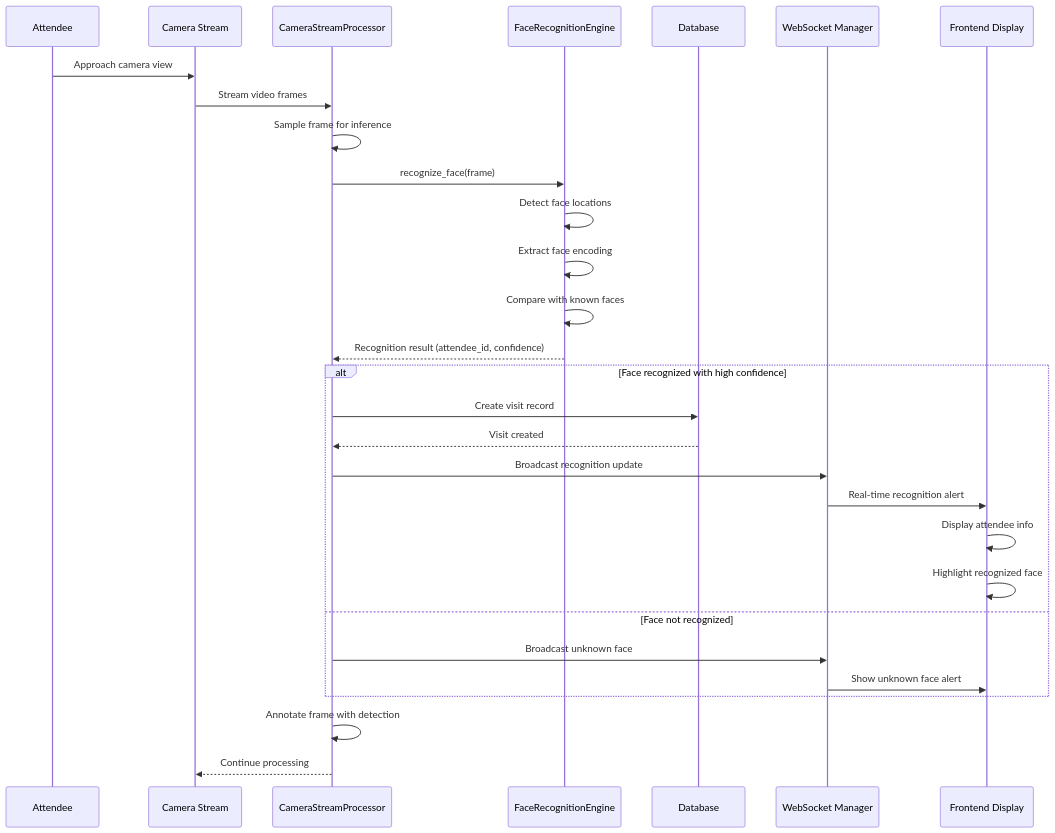
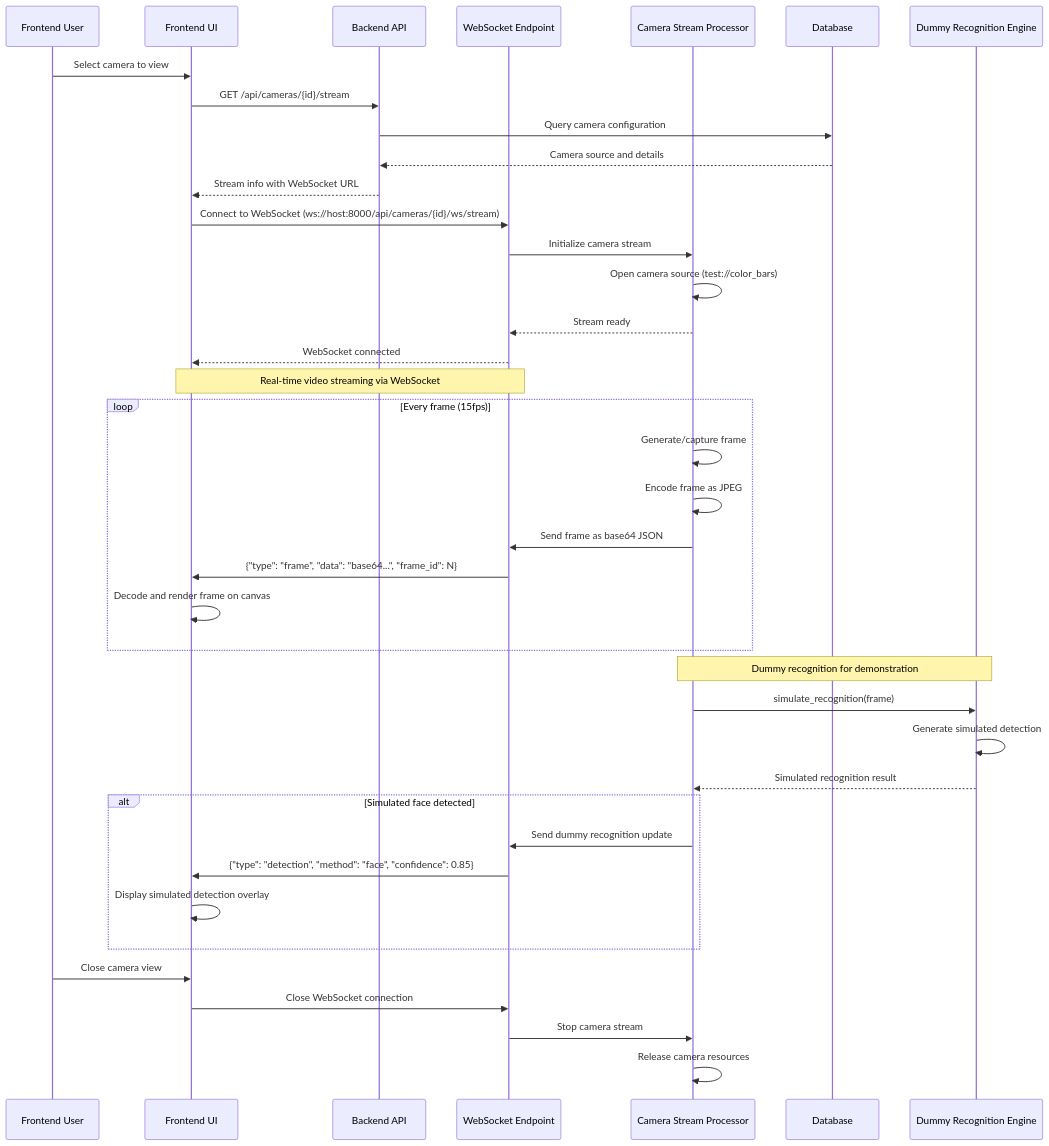
Before and after one commit to yaweiyang-sz/VIPReceptionSystem: the second of 6 diagrams in design/sequence_diagrams.md, drawn with Mermaid. The commit also changed other lines of this file and 9 other files, not shown here.

````diff
--- a/design/sequence_diagrams.md
+++ b/design/sequence_diagrams.md
@@ -70,34 +70,47 @@
 ```mermaid
 sequenceDiagram
-    participant Attendee as Attendee
-    participant Camera as Camera Stream
-    participant Processor as CameraStreamProcessor
-    participant FaceEngine as FaceRecognitionEngine
+    participant User as Frontend User
+    participant Frontend as Frontend UI
+    participant Backend as Backend API
+    participant WS as WebSocket Endpoint
+    participant CameraProc as Camera Stream Processor
     participant DB as Database
-    participant WS as WebSocket Manager
-    participant Frontend as Frontend Display
+    participant DummyEngine as Dummy Recognition Engine
 
-    Attendee->>Camera: Approach camera view
-    Camera->>Processor: Stream video frames
-    Processor->>Processor: Sample frame for inference
-    Processor->>FaceEngine: recognize_face(frame)
-    FaceEngine->>FaceEngine: Detect face locations
-    FaceEngine->>FaceEngine: Extract face encoding
-    FaceEngine->>FaceEngine: Compare with known faces
-    FaceEngine-->>Processor: Recognition result (attendee_id, confidence)
+    User->>Frontend: Select camera to view
+    Frontend->>Backend: GET /api/cameras/{id}/stream
+    Backend->>DB: Query camera configuration
+    DB-->>Backend: Camera source and details
+    Backend-->>Frontend: Stream info with WebSocket URL
     
-    alt Face recognized with high confidence
-        Processor->>DB: Create visit record
-        DB-->>Processor: Visit created
-        Processor->>WS: Broadcast recognition update
-        WS->>Frontend: Real-time recognition alert
-        Frontend->>Frontend: Display attendee info
-        Frontend->>Frontend: Highlight recognized face
-    else Face not recognized
-        Processor->>WS: Broadcast unknown face
-        WS->>Frontend: Show unknown face alert
+    Frontend->>WS: Connect to WebSocket (ws://host:8000/api/cameras/{id}/ws/stream)
+    WS->>CameraProc: Initialize camera stream
+    CameraProc->>CameraProc: Open camera source (test://color_bars)
+    CameraProc-->>WS: Stream ready
+    WS-->>Frontend: WebSocket connected
+    
+    Note over WS,Frontend: Real-time video streaming via WebSocket
+    loop Every frame (15fps)
+        CameraProc->>CameraProc: Generate/capture frame
+        CameraProc->>CameraProc: Encode frame as JPEG
+        CameraProc->>WS: Send frame as base64 JSON
+        WS->>Frontend: {"type": "frame", "data": "base64...", "frame_id": N}
+        Frontend->>Frontend: Decode and render frame on canvas
     end
     
-    Processor->>Processor: Annotate frame with detection
-    Processor-->>Camera: Continue processing
+    Note over CameraProc,DummyEngine: Dummy recognition for demonstration
+    CameraProc->>DummyEngine: simulate_recognition(frame)
+    DummyEngine->>DummyEngine: Generate simulated detection
+    DummyEngine-->>CameraProc: Simulated recognition result
+    
+    alt Simulated face detected
+        CameraProc->>WS: Send dummy recognition update
+        WS->>Frontend: {"type": "detection", "method": "face", "confidence": 0.85}
+        Frontend->>Frontend: Display simulated detection overlay
+    end
+    
+    User->>Frontend: Close camera view
+    Frontend->>WS: Close WebSocket connection
+    WS->>CameraProc: Stop camera stream
+    CameraProc->>CameraProc: Release camera resources
 ```
````
